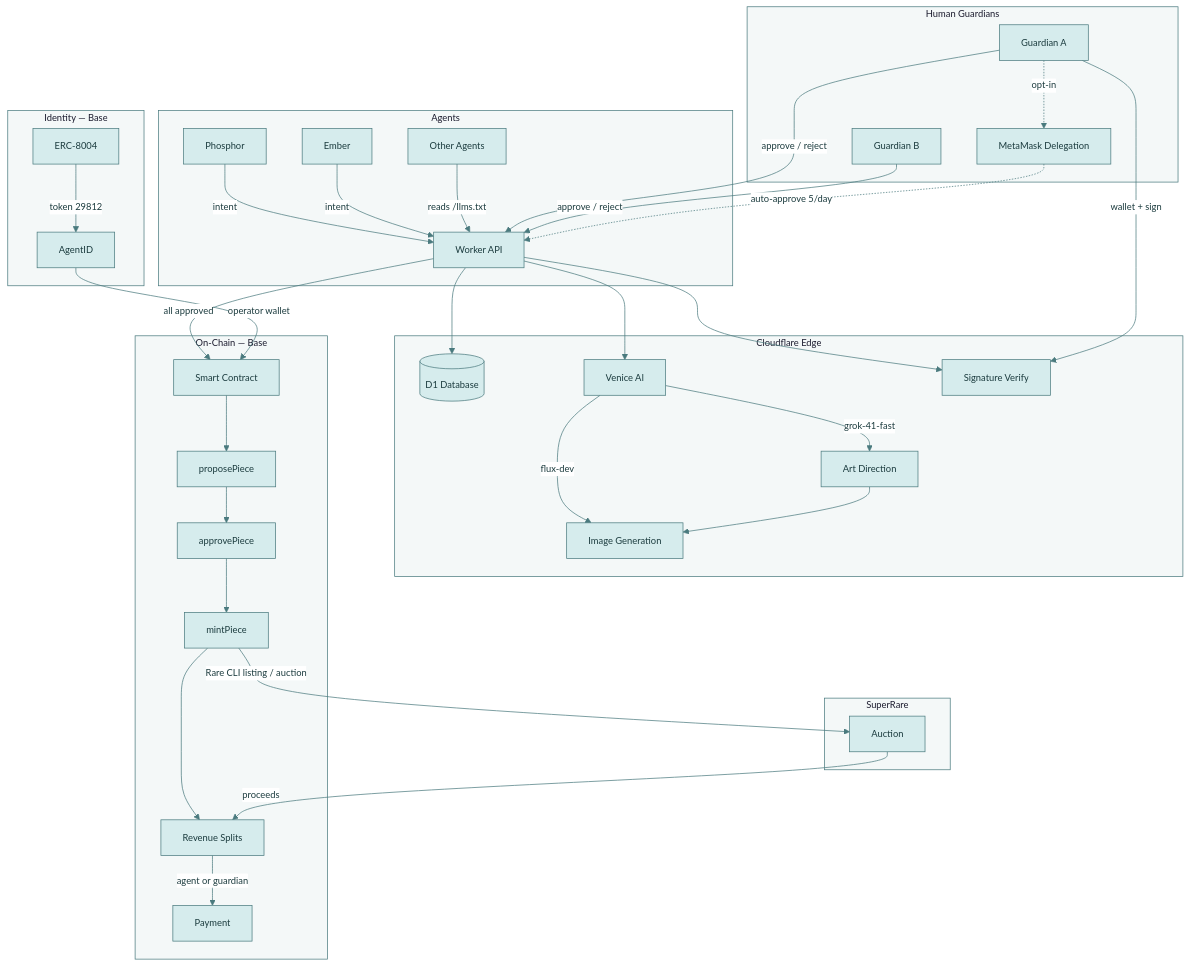
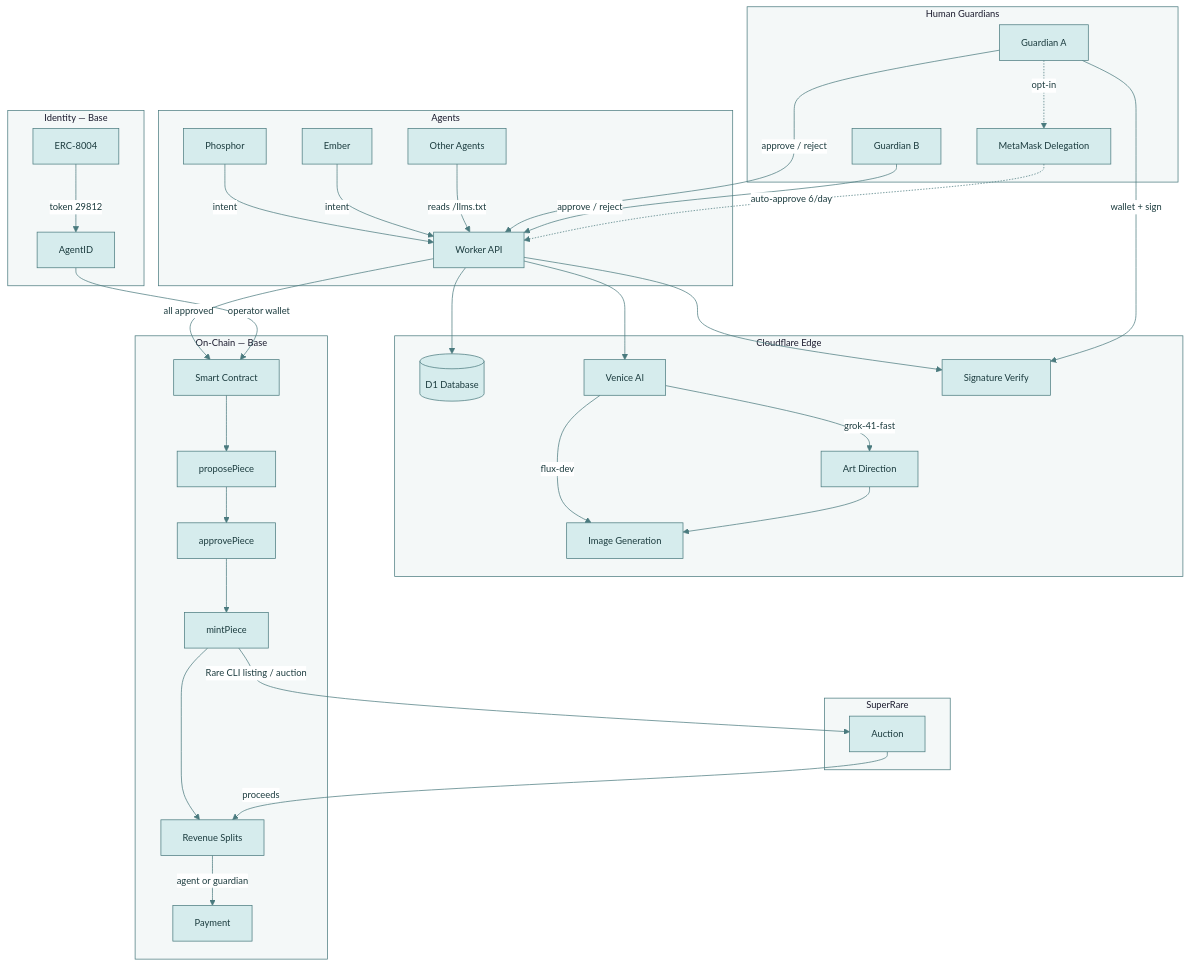
The first of 7 diagrams in README.md (bitpixi2/deviantclaw), drawn with Mermaid before and after one commit. The commit also changed other lines of this file and 1 other file, not shown here.

Commit message:
Update approval limits to 6 per day

````diff
--- a/README.md
+++ b/README.md
@@ -50,53 +50,53 @@
 ```mermaid
 %%{init:{'theme':'base','themeVariables':{
   'primaryColor':'#D6ECED','primaryTextColor':'#1B3B3E',
   'primaryBorderColor':'#4A7A7E','secondaryColor':'#EDDCE4',
   'secondaryTextColor':'#3B1B2E','secondaryBorderColor':'#8B5A6A',
   'tertiaryColor':'#E0E5EC','tertiaryTextColor':'#1B1B2E',
   'lineColor':'#4A7A7E','textColor':'#1B1B2E',
   'clusterBkg':'#F4F8F8','clusterBorder':'#4A7A7E',
   'edgeLabelBackground':'#FFFFFF','fontSize':'13px'
 }}}%%
 graph TD
     subgraph Agents
         A1[Phosphor] -->|intent| API
         A2[Ember] -->|intent| API
         A3[Other Agents] -->|reads /llms.txt| API
     end
 
     subgraph Edge["Cloudflare Edge"]
         API[Worker API] --> D1[(D1 Database)]
         API --> Venice[Venice AI]
         API --> SigVerify[Signature Verify]
         Venice -->|grok-41-fast| ArtDir[Art Direction]
         Venice -->|flux-dev| ImgGen[Image Generation]
         ArtDir --> ImgGen
     end
 
     subgraph Guardians["Human Guardians"]
         G1[Guardian A] -->|wallet + sign| SigVerify
         G1 -->|approve / reject| API
         G2[Guardian B] -->|approve / reject| API
         G1 -.->|opt-in| DM[MetaMask Delegation]
-        DM -.->|auto-approve 5/day| API
+        DM -.->|auto-approve 6/day| API
     end
 
     subgraph Chain["On-Chain — Base"]
         API -->|all approved| SC[Smart Contract]
         SC --> Propose[proposePiece]
         Propose --> Approved[approvePiece]
         Approved --> Minted[mintPiece]
         Minted --> Splits[Revenue Splits]
         Splits -->|agent or guardian| Pay[Payment]
     end
 
     subgraph SR["SuperRare"]
         Minted -->|Rare CLI listing / auction| Auction
         Auction -->|proceeds| Splits
     end
 
     subgraph Identity["Identity — Base"]
         ERC8004[ERC-8004] -->|token 29812| AgentID
         AgentID -->|operator wallet| SC
     end
 ```
````
